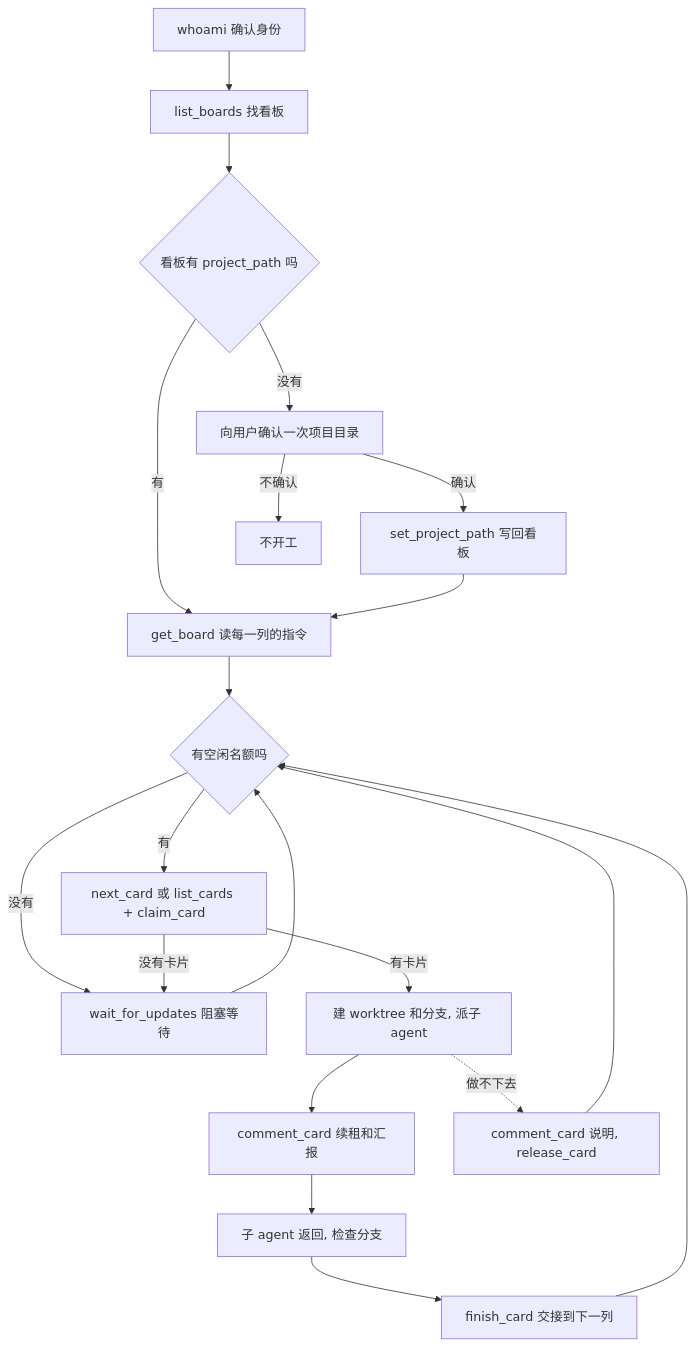
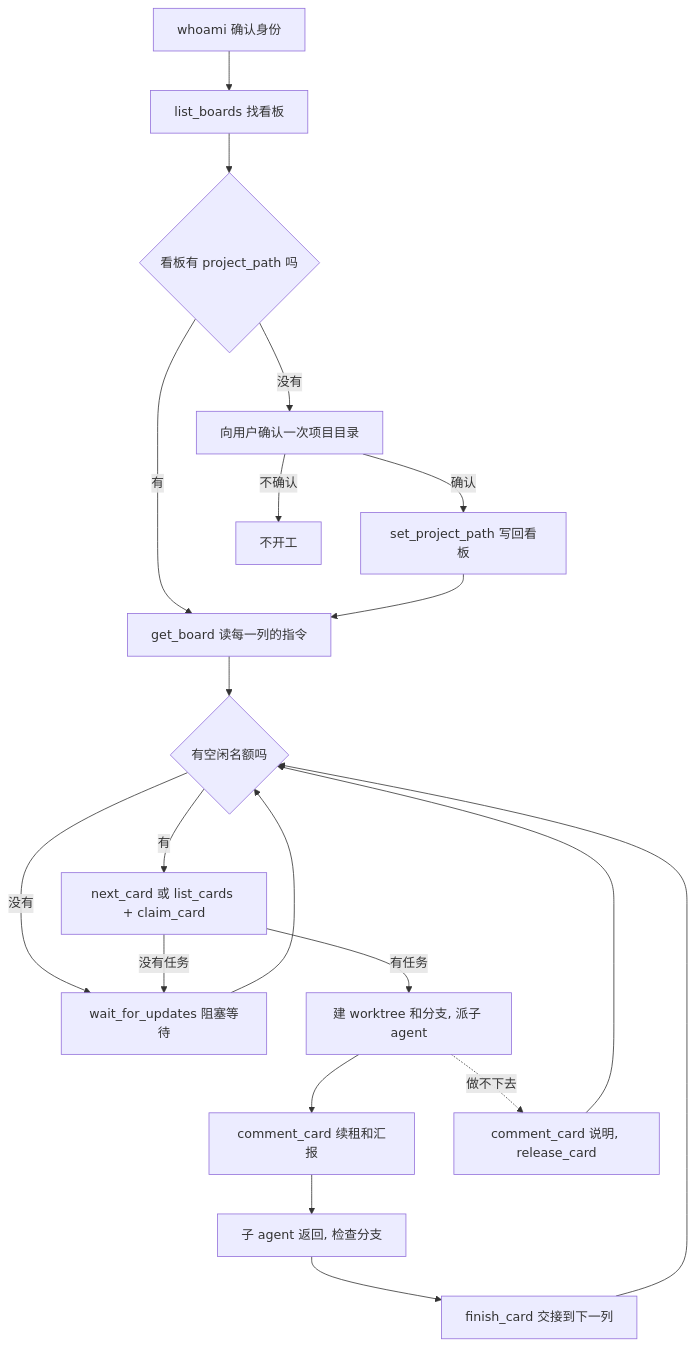
The second of 2 diagrams in .cursor/scopes/agent.skill.go.md (ixugo/slate-kanban), drawn with Mermaid before and after one commit. The commit also changed other lines of this file and 49 other files, not shown here.

````diff
--- a/.cursor/scopes/agent.skill.go.md
+++ b/.cursor/scopes/agent.skill.go.md
@@ -47,21 +47,21 @@
 ```mermaid
 flowchart TD
     A[whoami 确认身份] --> B[list_boards 找看板]
     B --> C{看板有 project_path 吗}
     C -->|有| E[get_board 读每一列的指令]
     C -->|没有| D[向用户确认一次项目目录]
     D -->|确认| D2[set_project_path 写回看板] --> E
     D -->|不确认| Z[不开工]
     E --> F{有空闲名额吗}
     F -->|没有| W
     F -->|有| G[next_card 或 list_cards + claim_card]
-    G -->|有卡片| H[建 worktree 和分支, 派子 agent]
-    G -->|没有卡片| W[wait_for_updates 阻塞等待]
+    G -->|有任务| H[建 worktree 和分支, 派子 agent]
+    G -->|没有任务| W[wait_for_updates 阻塞等待]
     H --> I[comment_card 续租和汇报]
     I --> J[子 agent 返回, 检查分支]
     J --> K[finish_card 交接到下一列]
     K --> F
     W --> F
     H -.->|做不下去| R[comment_card 说明, release_card]
     R --> F
 ```
````
